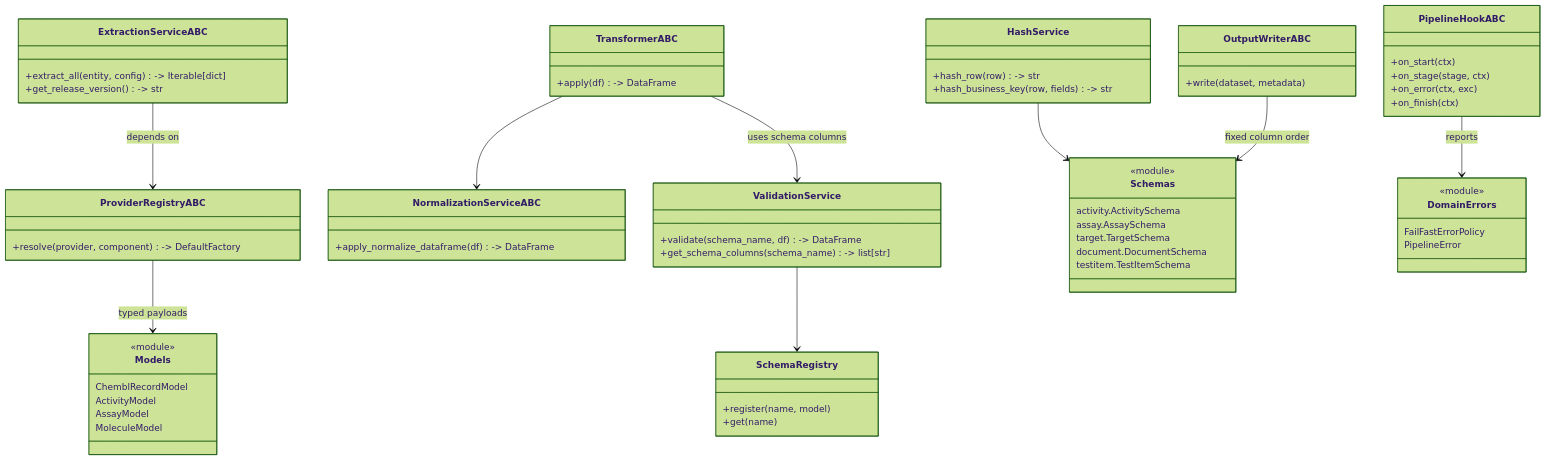
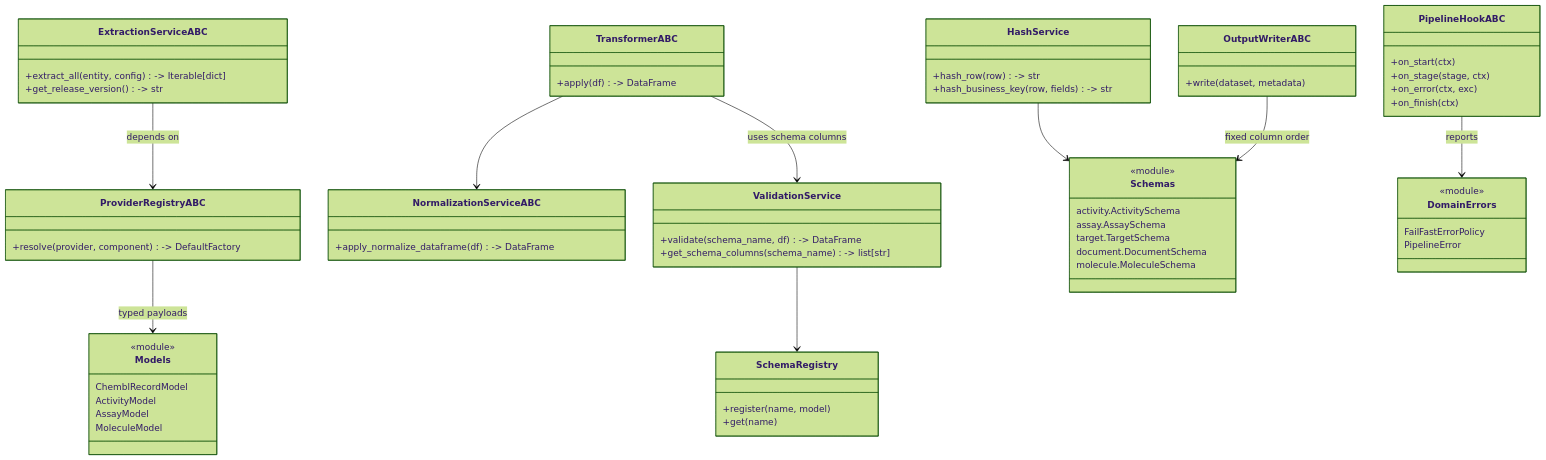
Before and after one commit to SatoryKono/BioactivityDataAcquisition: the diagram in docs/architecture/diagrams/class/19-domain-layer-overview.mmd, drawn with Mermaid (forest theme). The commit also changed 44 other files, not shown here.

```diff
--- a/docs/architecture/diagrams/class/19-domain-layer-overview.mmd
+++ b/docs/architecture/diagrams/class/19-domain-layer-overview.mmd
@@ -1,65 +1,65 @@
 %%{init: {"class": {"domainPrimary": {"fill": "#f5f5f5", "stroke": "#444", "strokeWidth": 1.5, "color": "#111", "fontSize": "22px"}, "domainSecondary": {"fill": "#e3e7ec", "stroke": "#555", "strokeWidth": 1.2, "color": "#111", "fontSize": "18px"}, "interface": {"fill": "#dde7f2", "stroke": "#44546a", "strokeWidth": 1.5, "color": "#111", "fontSize": "22px"}}}}%%
 classDiagram
     class ExtractionServiceABC {
         +extract_all(entity, config) -> Iterable[dict]
         +get_release_version() -> str
     }
     class TransformerABC {
         +apply(df) -> DataFrame
     }
     class ValidationService {
         +validate(schema_name, df) -> DataFrame
         +get_schema_columns(schema_name) -> list[str]
     }
     class SchemaRegistry {
         +register(name, model)
         +get(name)
     }
     class HashService {
         +hash_row(row) -> str
         +hash_business_key(row, fields) -> str
     }
     class NormalizationServiceABC {
         +apply_normalize_dataframe(df) -> DataFrame
     }
     class ProviderRegistryABC {
         +resolve(provider, component) -> DefaultFactory
     }
     class PipelineHookABC {
         +on_start(ctx)
         +on_stage(stage, ctx)
         +on_error(ctx, exc)
         +on_finish(ctx)
     }
     class OutputWriterABC {
         +write(dataset, metadata)
     }
     class Schemas {
         <<module>>
         activity.ActivitySchema
         assay.AssaySchema
         target.TargetSchema
         document.DocumentSchema
-        testitem.TestItemSchema
+        molecule.MoleculeSchema
     }
     class Models {
         <<module>>
         ChemblRecordModel
         ActivityModel
         AssayModel
         MoleculeModel
     }
     class DomainErrors {
         <<module>>
         FailFastErrorPolicy
         PipelineError
     }
 
     ExtractionServiceABC --> ProviderRegistryABC : depends on
     TransformerABC --> NormalizationServiceABC
     TransformerABC --> ValidationService : uses schema columns
     ValidationService --> SchemaRegistry
     HashService --> Schemas
     OutputWriterABC --> Schemas : fixed column order
     PipelineHookABC --> DomainErrors : reports
     ProviderRegistryABC --> Models : typed payloads
```
